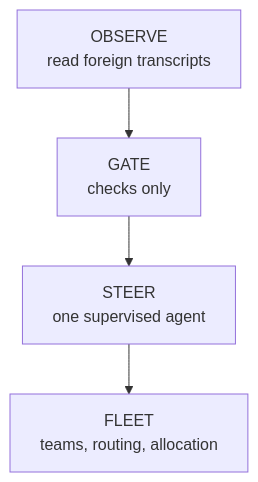
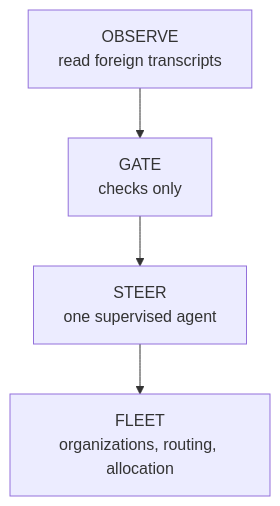
Before and after one commit to infimalabs/spice-rust: diagram 13 of 14 in docs/product/model/boundaries.md, drawn with Mermaid. The commit also changed other lines of this file and 99 other files, not shown here.

````diff
--- a/docs/product/model/boundaries.md
+++ b/docs/product/model/boundaries.md
@@ -291,6 +291,6 @@
 ```mermaid
 flowchart TD
   W["OBSERVE<br/>read foreign transcripts"] --> G["GATE<br/>checks only"]
   G --> S["STEER<br/>one supervised agent"]
-  S --> F["FLEET<br/>teams, routing, allocation"]
+  S --> F["FLEET<br/>organizations, routing, allocation"]
 ```
````
